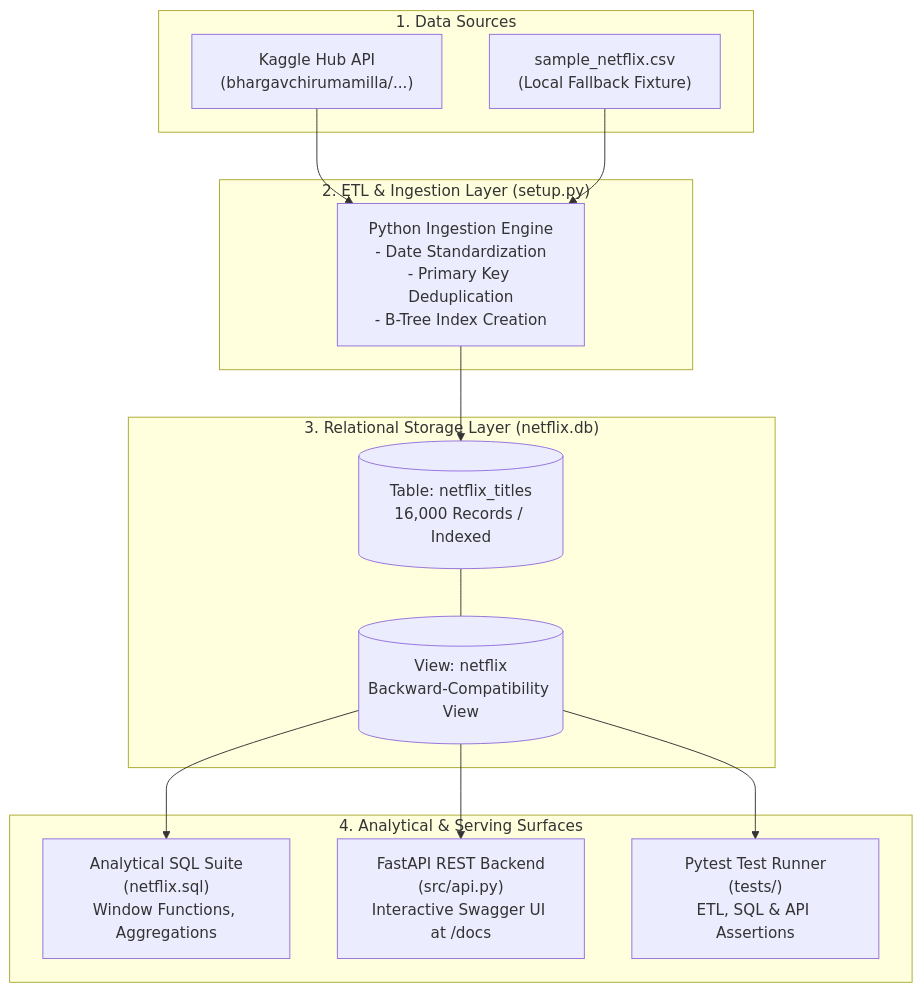
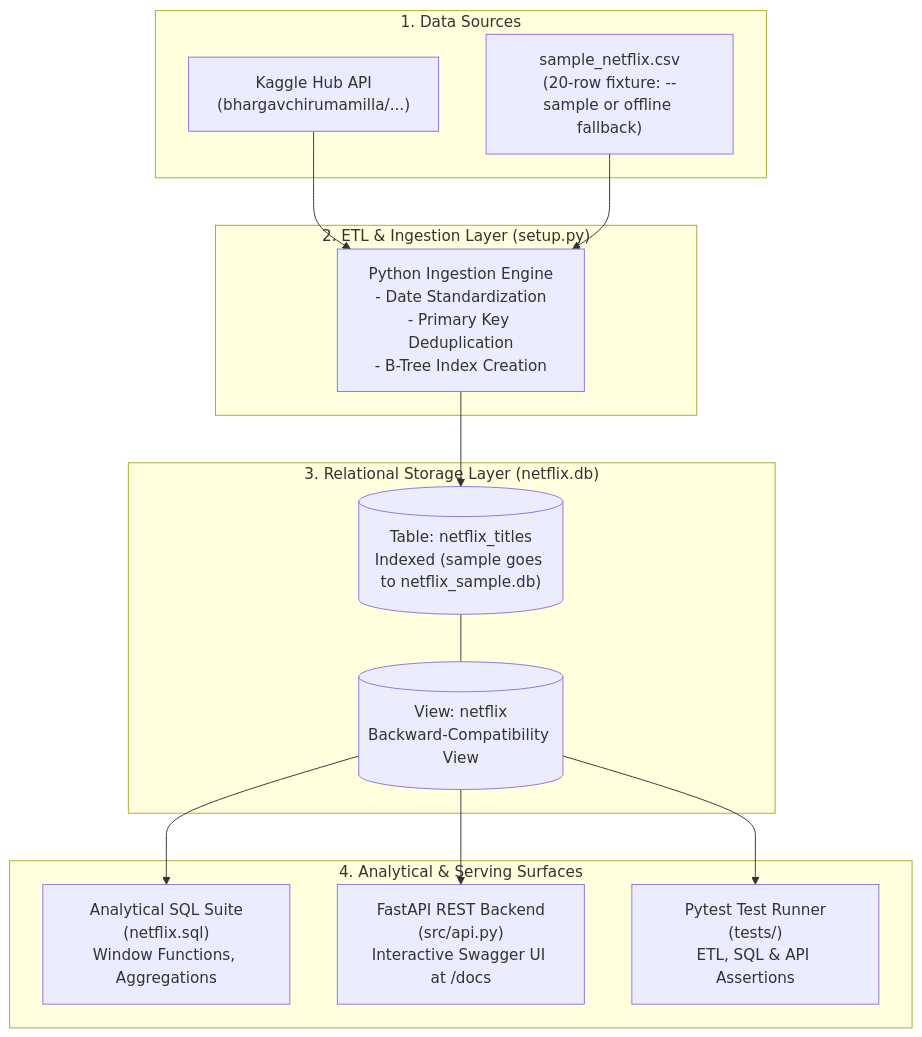
One commit to ApurvSharma05/NETFLIX-EDA-WITH-SQL changed the diagram in README.md. Above: the diagram before and after it, drawn with Mermaid. The commit also changed other lines of this file and 4 other files, not shown here.

First line of the commit message:
Fix ETL data mixing, sample CSV column shift, and refresh docs (#1)

````diff
--- a/README.md
+++ b/README.md
@@ -26,30 +26,30 @@
 ```mermaid
 flowchart TD
     subgraph S1["1. Data Sources"]
         Kaggle["Kaggle Hub API<br>(bhargavchirumamilla/...)"]
-        SampleCSV["sample_netflix.csv<br>(Local Fallback Fixture)"]
+        SampleCSV["sample_netflix.csv<br>(20-row fixture: --sample or offline fallback)"]
     end
 
     subgraph S2["2. ETL & Ingestion Layer (setup.py)"]
         ETL["Python Ingestion Engine<br>- Date Standardization<br>- Primary Key Deduplication<br>- B-Tree Index Creation"]
     end
 
     subgraph S3["3. Relational Storage Layer (netflix.db)"]
-        TableTitles[("Table: netflix_titles<br>16,000 Records / Indexed")]
+        TableTitles[("Table: netflix_titles<br>Indexed (sample goes to netflix_sample.db)")]
         ViewNetflix[("View: netflix<br>Backward-Compatibility View")]
     end
 
     subgraph S4["4. Analytical & Serving Surfaces"]
         SQLQueries["Analytical SQL Suite<br>(netflix.sql)<br>Window Functions, Aggregations"]
         FastAPIApp["FastAPI REST Backend<br>(src/api.py)<br>Interactive Swagger UI at /docs"]
         PytestSuite["Pytest Test Runner<br>(tests/)<br>ETL, SQL & API Assertions"]
     end
 
     Kaggle --> ETL
     SampleCSV --> ETL
     ETL --> TableTitles
     TableTitles --- ViewNetflix
     ViewNetflix --> SQLQueries
     ViewNetflix --> FastAPIApp
     ViewNetflix --> PytestSuite
 ```
````
